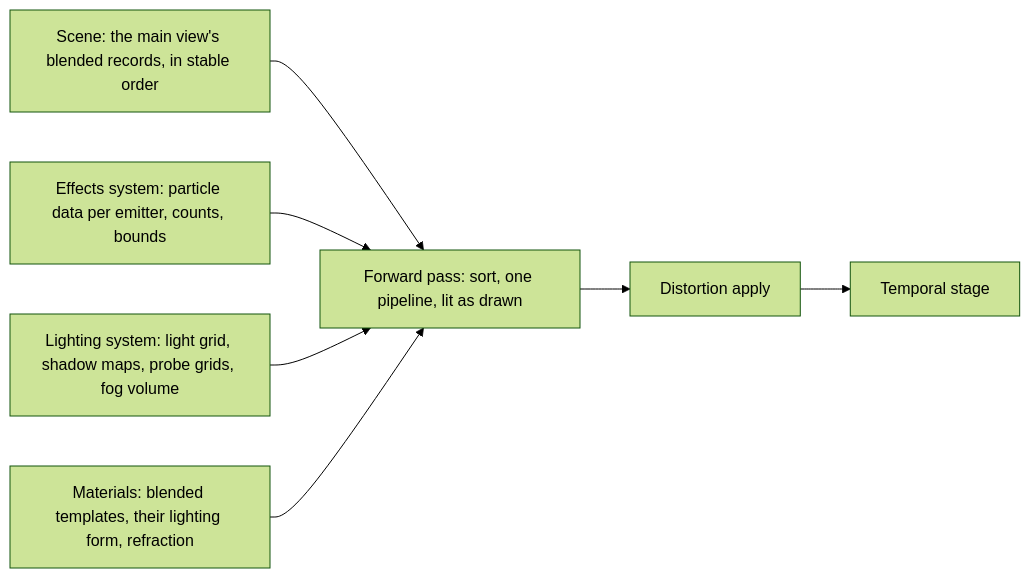
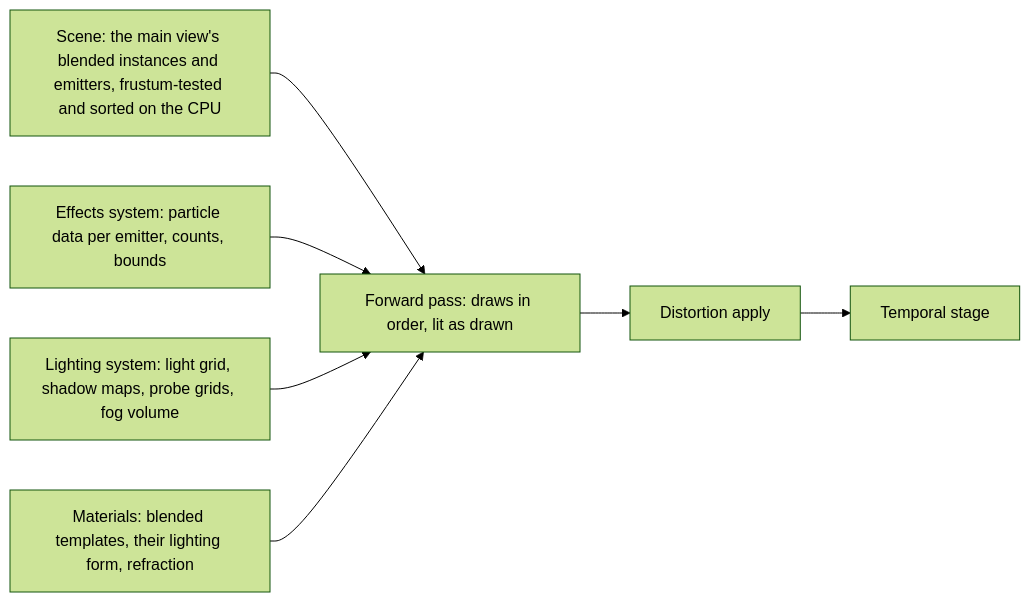
One commit to plainsight-systems/bullet-witch changed the first of 2 diagrams in docs/architecture/transparency.md. Above: the diagram before and after it, drawn with Mermaid (forest theme). The commit also changed other lines of this file and 6 other files, not shown here.

First line of the commit message:
Order blended draws and decals on the CPU and run depth of field before the forward pass

````diff
--- a/docs/architecture/transparency.md
+++ b/docs/architecture/transparency.md
@@ -26,9 +26,9 @@
 ```mermaid
 flowchart LR
-    SC["Scene: the main view's blended records, in stable order"] --> FP["Forward pass: sort, one pipeline, lit as drawn"]
+    SC["Scene: the main view's blended instances and emitters, frustum-tested and sorted on the CPU"] --> FP["Forward pass: draws in order, lit as drawn"]
     FX["Effects system: particle data per emitter, counts, bounds"] --> FP
     LT["Lighting system: light grid, shadow maps, probe grids, fog volume"] --> FP
     MT["Materials: blended templates, their lighting form, refraction"] --> FP
     FP --> DA["Distortion apply"]
     DA --> TS["Temporal stage"]
 ```
````
